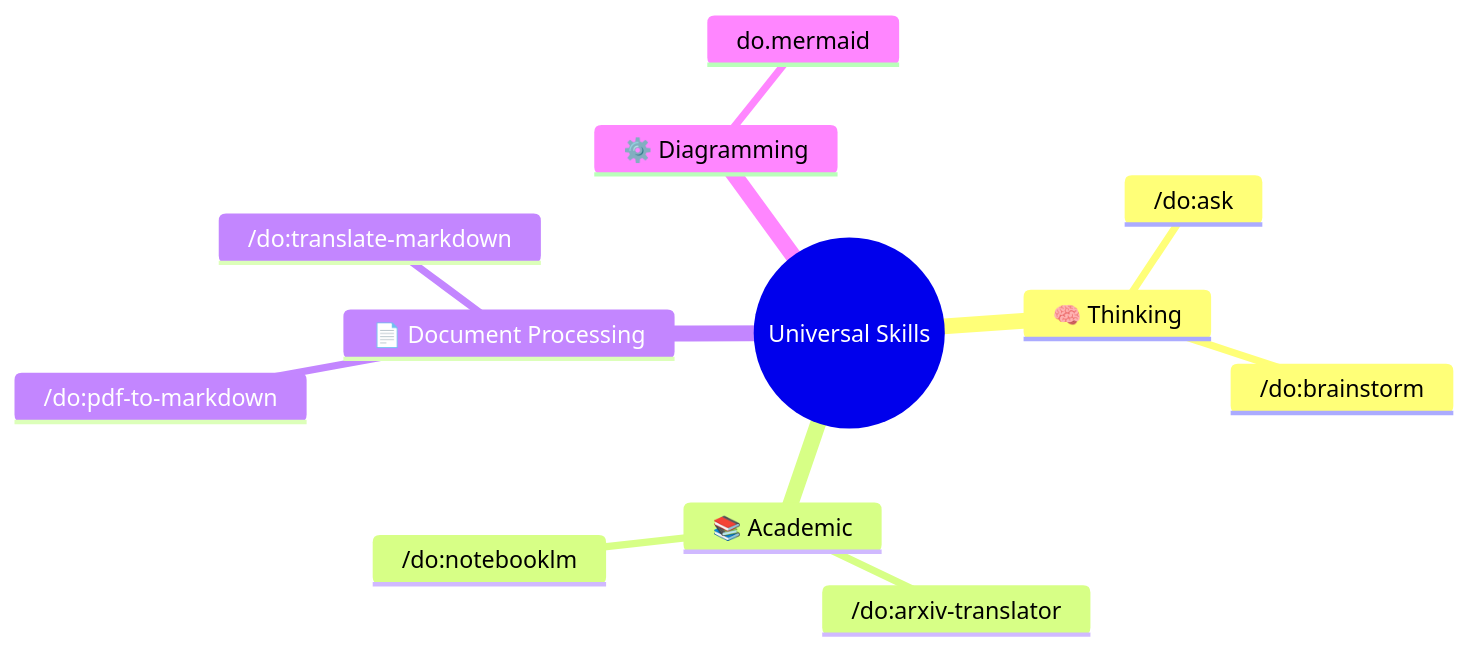
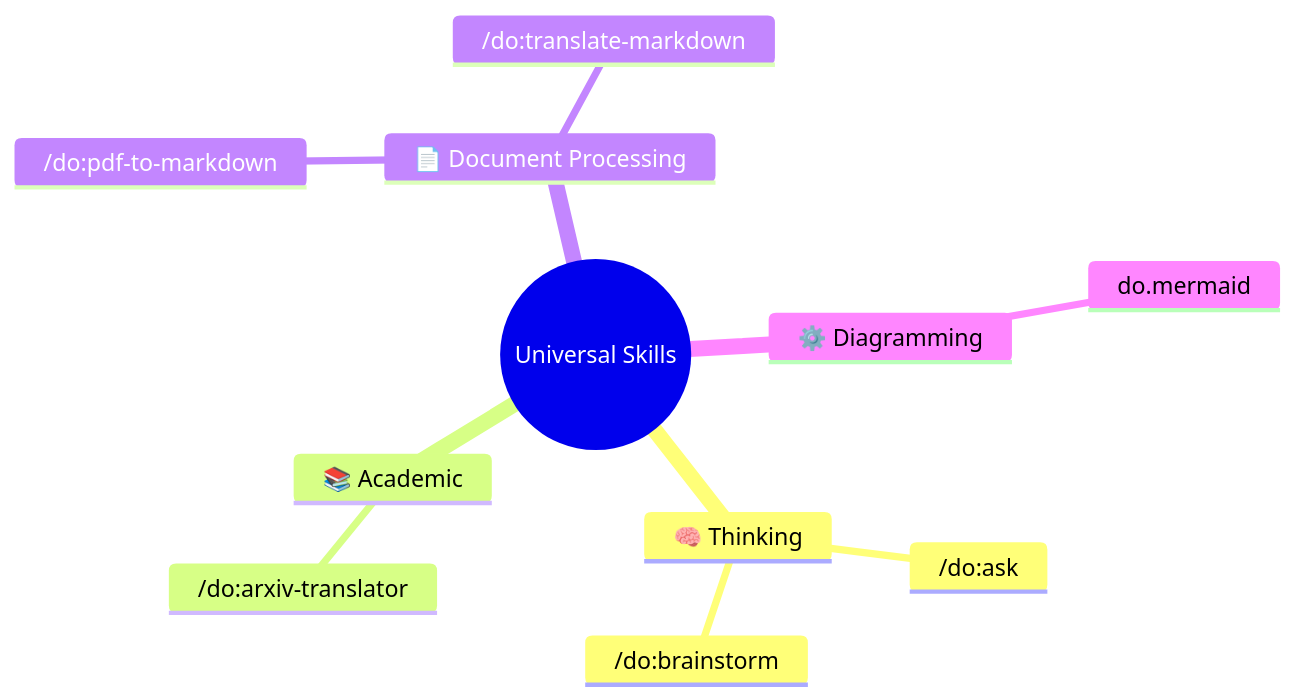
One commit to dull-bird/DeepOrbit changed the third of 8 diagrams in README.md. Above: the diagram before and after it, drawn with Mermaid. The commit also changed other lines of this file and 1 other file, not shown here.

````diff
--- a/README.md
+++ b/README.md
@@ -114,15 +114,14 @@
 ```mermaid
 mindmap
   root((Universal Skills))
     🧠 Thinking
       /do:ask
       /do:brainstorm
     📚 Academic
       /do:arxiv-translator
-      /do:notebooklm
     📄 Document Processing
       /do:pdf-to-markdown
       /do:translate-markdown
     ⚙️ Diagramming
       do.mermaid
 ```
````
